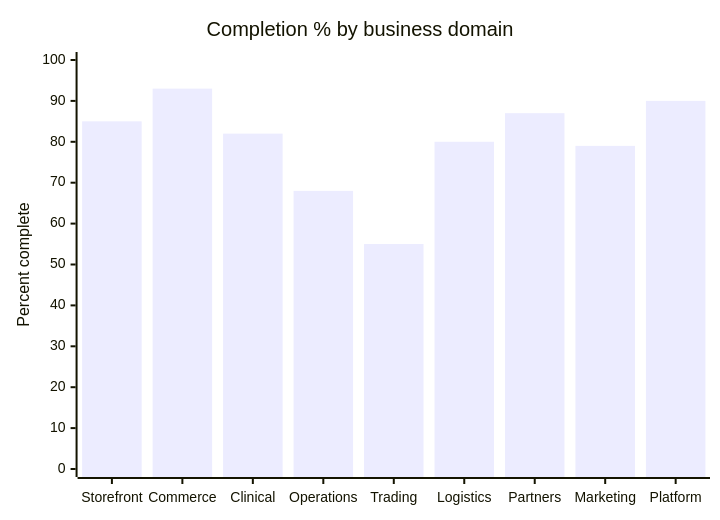
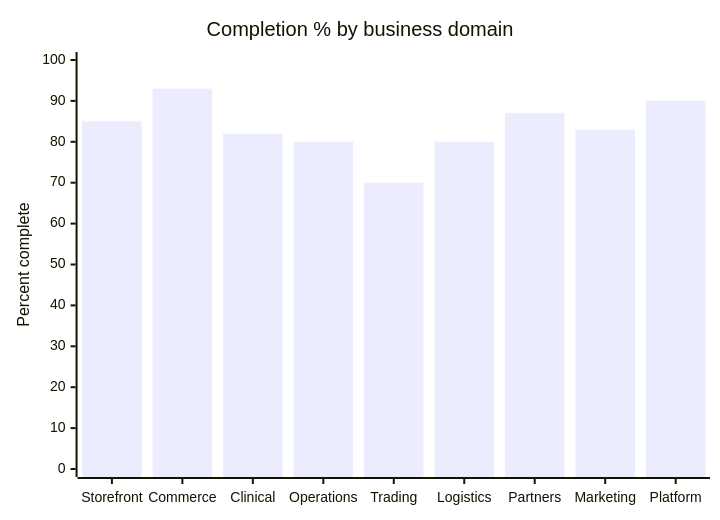
One commit to arjan001/HOSPITAL changed the second of 6 diagrams in docs/PROGRESSIVE_REVIEW_REPORT.md. Above: the diagram before and after it, drawn with Mermaid. The commit also changed other lines of this file and 49 other files, not shown here.

````diff
--- a/docs/PROGRESSIVE_REVIEW_REPORT.md
+++ b/docs/PROGRESSIVE_REVIEW_REPORT.md
@@ -41,7 +41,7 @@
 ```mermaid
 xychart-beta
     title "Completion % by business domain"
     x-axis ["Storefront", "Commerce", "Clinical", "Operations", "Trading", "Logistics", "Partners", "Marketing", "Platform"]
     y-axis "Percent complete" 0 --> 100
-    bar [85, 93, 82, 68, 55, 80, 87, 79, 90]
+    bar [85, 93, 82, 80, 70, 80, 87, 83, 90]
 ```
````
